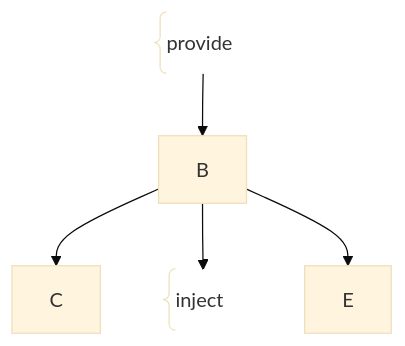
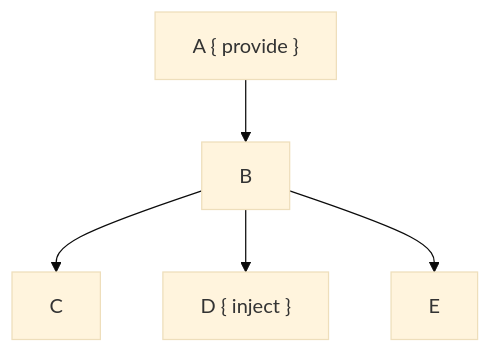
Before and after one commit to developaw/knowledge-owl: the fourth of 6 diagrams in software-architecture/data-passing-between-vue-components.md, drawn with Mermaid (base theme).

Commit message:
fix(vue-data-passing): Correct flowchart for provide/inject

````diff
--- a/software-architecture/data-passing-between-vue-components.md
+++ b/software-architecture/data-passing-between-vue-components.md
@@ -188,7 +188,7 @@
 ```mermaid
-flowchart TD
-    A@{ shape: comment, label: "provide" } --> B
+flowchart TD    
+    A["A {  provide }"] --> B
     B -->C
-    B --> D@{ shape: comment, label: "inject" }
+    B --> D["D {  inject }"]
     B -->E
 ```
````
